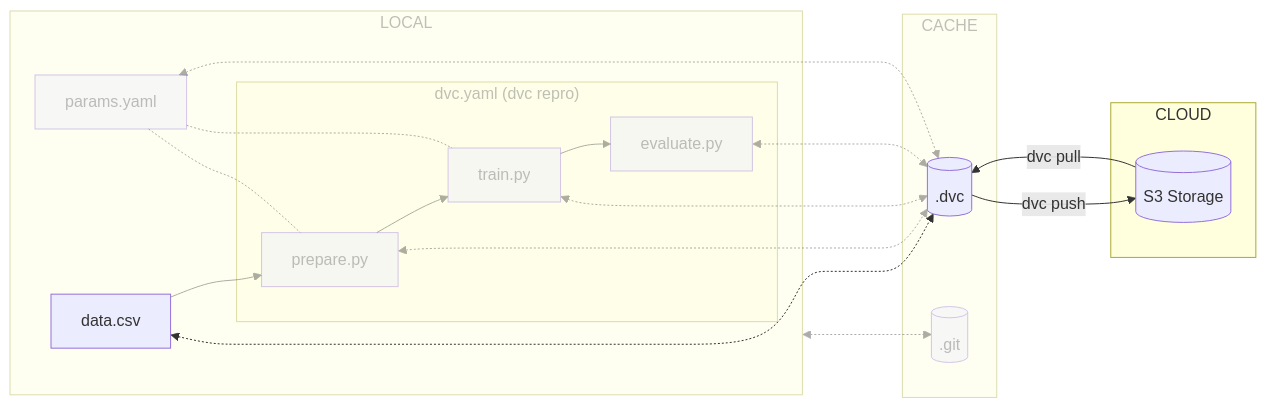
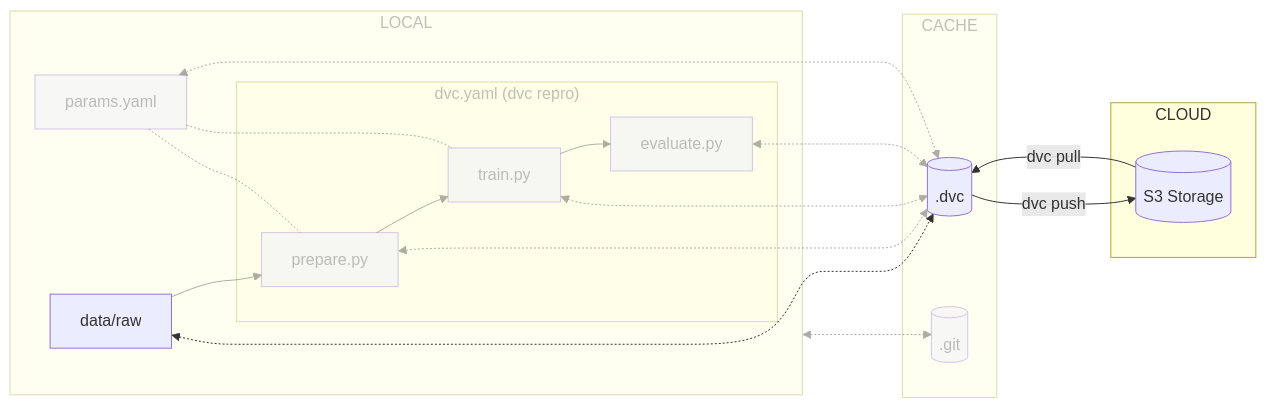
One commit to swiss-ai-center/a-guide-to-mlops changed the diagram in docs/part-2-move-to-the-cloud/chapter-6-move-the-ml-experiment-data-to-the-cloud/index.md. Above: the diagram before and after it, drawn with Mermaid. The commit also changed 6 other files, not shown here.

Commit message:
Refactor mermaid data name

````diff
--- a/docs/part-2-move-to-the-cloud/chapter-6-move-the-ml-experiment-data-to-the-cloud/index.md
+++ b/docs/part-2-move-to-the-cloud/chapter-6-move-the-ml-experiment-data-to-the-cloud/index.md
@@ -27,46 +27,46 @@
 ```mermaid
 flowchart LR
     dot_dvc[(.dvc)] -->|dvc push| s3_storage[(S3 Storage)]
     s3_storage -->|dvc pull| dot_dvc
     dot_git[(.git)]
     localGraph <-....-> dot_git
-    data[data.csv] <-.-> dot_dvc
+    data[data/raw] <-.-> dot_dvc
     subgraph cloudGraph[CLOUD]
         s3_storage
     end
     subgraph cacheGraph[CACHE]
         dot_dvc
         dot_git
     end
     subgraph localGraph[LOCAL]
         prepare[prepare.py] <-.-> dot_dvc
         train[train.py] <-.-> dot_dvc
         evaluate[evaluate.py] <-.-> dot_dvc
         data --> prepare
         subgraph dvcGraph["dvc.yaml (dvc repro)"]
             prepare --> train
             train --> evaluate
         end
         params[params.yaml] -.- prepare
         params -.- train
         params <-.-> dot_dvc
     end
     style localGraph opacity:0.4,color:#7f7f7f80
     style dvcGraph opacity:0.4,color:#7f7f7f80
     style cacheGraph opacity:0.4,color:#7f7f7f80
     style dot_git opacity:0.4,color:#7f7f7f80
     style prepare opacity:0.4,color:#7f7f7f80
     style train opacity:0.4,color:#7f7f7f80
     style evaluate opacity:0.4,color:#7f7f7f80
     style params opacity:0.4,color:#7f7f7f80
     linkStyle 2 opacity:0.4,color:#7f7f7f80
     linkStyle 4 opacity:0.4,color:#7f7f7f80
     linkStyle 5 opacity:0.4,color:#7f7f7f80
     linkStyle 6 opacity:0.4,color:#7f7f7f80
     linkStyle 7 opacity:0.4,color:#7f7f7f80
     linkStyle 8 opacity:0.4,color:#7f7f7f80
     linkStyle 9 opacity:0.4,color:#7f7f7f80
     linkStyle 10 opacity:0.4,color:#7f7f7f80
     linkStyle 11 opacity:0.4,color:#7f7f7f80
     linkStyle 12 opacity:0.4,color:#7f7f7f80
 ```
````
